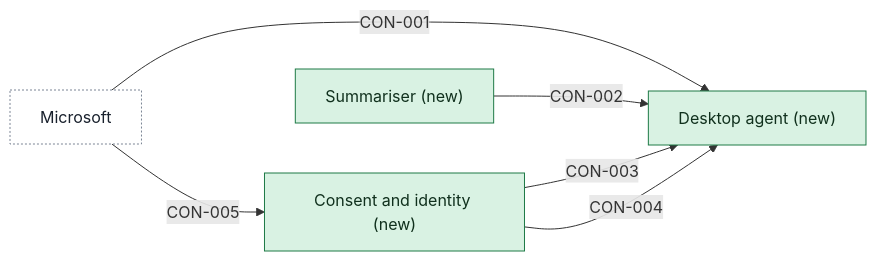
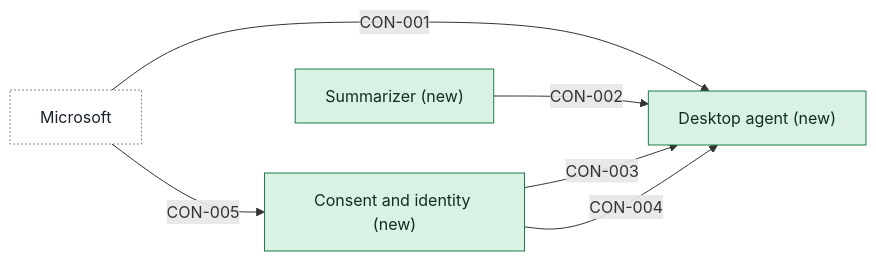
One commit to smalls257/vela changed the diagram in tests/fixtures/team-skills/heron-plan/05-building-blocks/05-building-blocks.md. Above: the diagram before and after it, drawn with Mermaid. The commit also changed other lines of this file and 236 other files, not shown here.

````diff
--- a/tests/fixtures/team-skills/heron-plan/05-building-blocks/05-building-blocks.md
+++ b/tests/fixtures/team-skills/heron-plan/05-building-blocks/05-building-blocks.md
@@ -14,16 +14,16 @@
 ```mermaid
 flowchart LR
   n_APP_consent_and_identity["Consent and identity (new)"]
   n_APP_desktop_agent["Desktop agent (new)"]
-  n_APP_summariser["Summariser (new)"]
+  n_APP_summarizer["Summarizer (new)"]
   x_microsoft["Microsoft"]
   x_microsoft -->|"CON-001"| n_APP_desktop_agent
-  n_APP_summariser -->|"CON-002"| n_APP_desktop_agent
+  n_APP_summarizer -->|"CON-002"| n_APP_desktop_agent
   n_APP_consent_and_identity -->|"CON-003"| n_APP_desktop_agent
   n_APP_consent_and_identity -->|"CON-004"| n_APP_desktop_agent
   x_microsoft -->|"CON-005"| n_APP_consent_and_identity
   classDef external fill:#ffffff,stroke:#7a8494,color:#19212d,stroke-dasharray:2 2
   classDef new fill:#d9f2e3,stroke:#1e7a46,color:#10301d
   class x_microsoft external
-  class n_APP_consent_and_identity,n_APP_desktop_agent,n_APP_summariser new
+  class n_APP_consent_and_identity,n_APP_desktop_agent,n_APP_summarizer new
 ```
````
